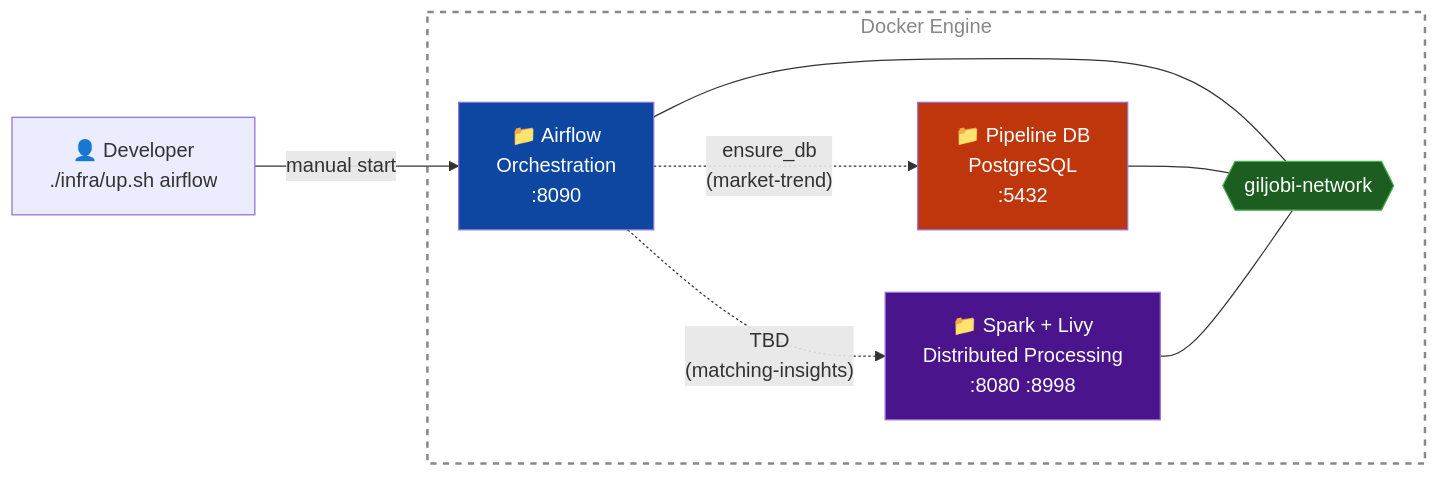
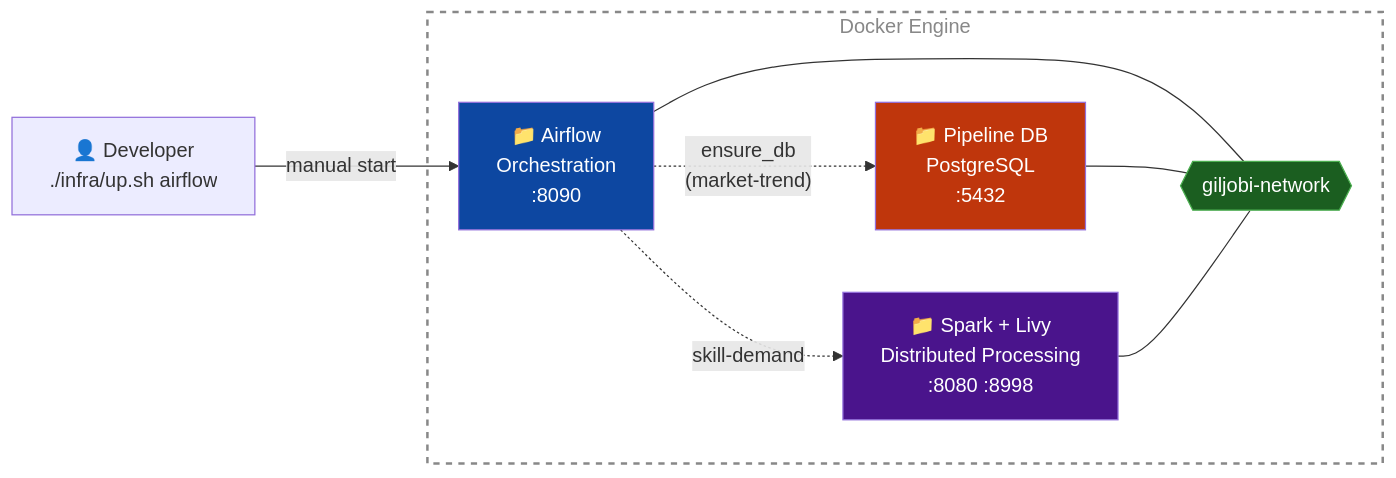
Before and after one commit to JindoKimKor/GILJOBI: the diagram in README.md, drawn with Mermaid. The commit also changed other lines of this file and 19 other files, not shown here.

````diff
--- a/README.md
+++ b/README.md
@@ -22,24 +22,24 @@
 ```mermaid
 flowchart LR
     USER["👤 Developer<br/>./infra/up.sh airflow"]
 
     subgraph ENGINE["Docker Engine"]
         AIRFLOW["📁 Airflow<br/>Orchestration<br/>:8090"]
         DB["📁 Pipeline DB<br/>PostgreSQL<br/>:5432"]
         SPARK["📁 Spark + Livy<br/>Distributed Processing<br/>:8080 :8998"]
         NET{{"giljobi-network"}}
     end
 
     USER -- "manual start" --> AIRFLOW
     AIRFLOW -. "ensure_db<br/>(market-trend)" .-> DB
-    AIRFLOW -. "TBD<br/>(matching-insights)" .-> SPARK
+    AIRFLOW -. "skill-demand" .-> SPARK
     AIRFLOW --- NET
     DB --- NET
     SPARK --- NET
 
     style ENGINE fill:none,stroke:#888,stroke-width:2px,stroke-dasharray:5,color:#888
     style AIRFLOW fill:#0D47A1,color:#fff
     style DB fill:#BF360C,color:#fff
     style SPARK fill:#4A148C,color:#fff
     style NET fill:#1B5E20,stroke:#4CAF50,color:#fff
 ```
````
